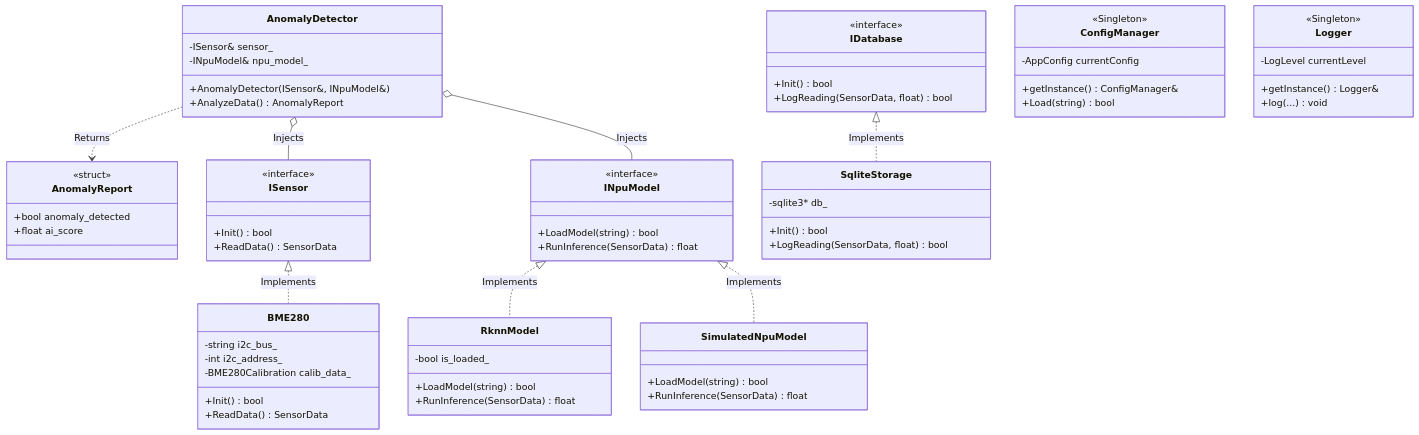
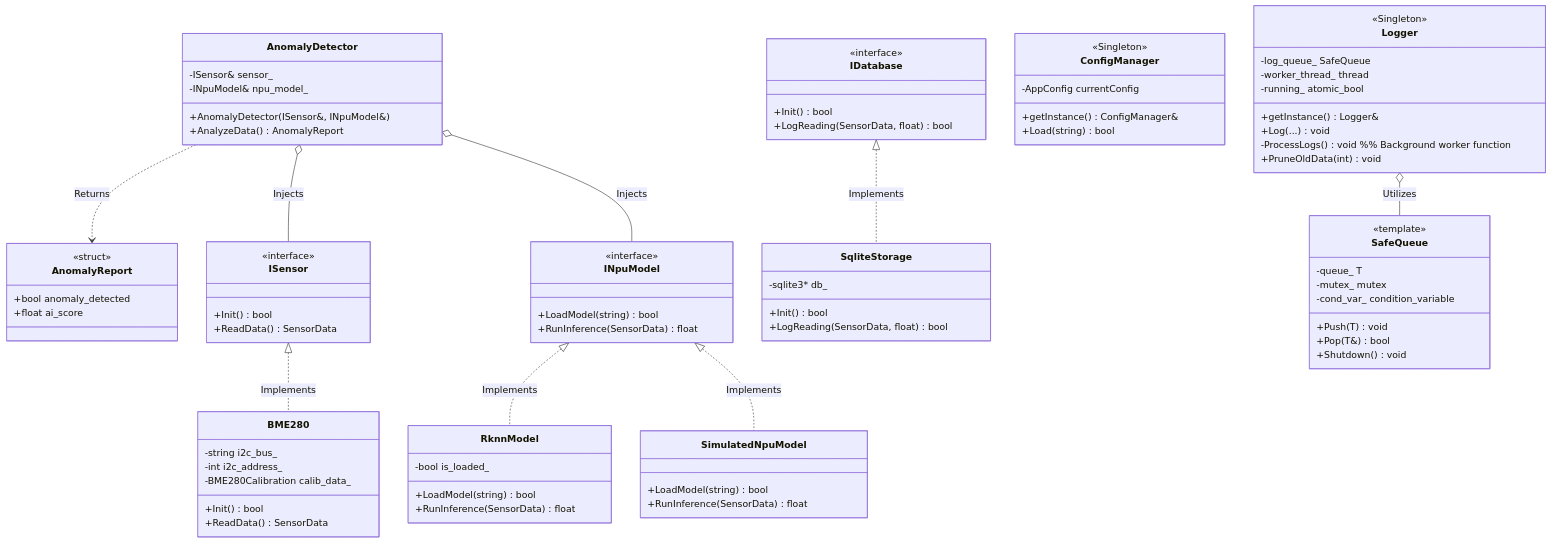
Before and after one commit to christiansanchezde/edge-sentinel-os: the second of 3 diagrams in ARCHITECTURE.md, drawn with Mermaid. The commit also changed other lines of this file, not shown here.

Commit message:
docs: update architecture documentation

```diff
--- a/ARCHITECTURE.md
+++ b/ARCHITECTURE.md
@@ -129,12 +135,28 @@
         +Load(string) bool
     }
 
+    class SafeQueue {
+        <<template>>
+        -queue_ T
+        -mutex_ mutex
+        -cond_var_ condition_variable
+        +Push(T) void
+        +Pop(T&) bool
+        +Shutdown() void
+    }
+
     class Logger {
         <<Singleton>>
-        -LogLevel currentLevel
+        -log_queue_ SafeQueue
+        -worker_thread_ thread
+        -running_ atomic_bool
         +getInstance() Logger&
-        +log(...) void
+        +Log(...) void
+        -ProcessLogs() void  %% Background worker function
+        +PruneOldData(int) void
     }
+
+    Logger o-- SafeQueue : Utilizes
 
     %% Relationships
     AnomalyDetector ..> AnomalyReport : Returns
```
